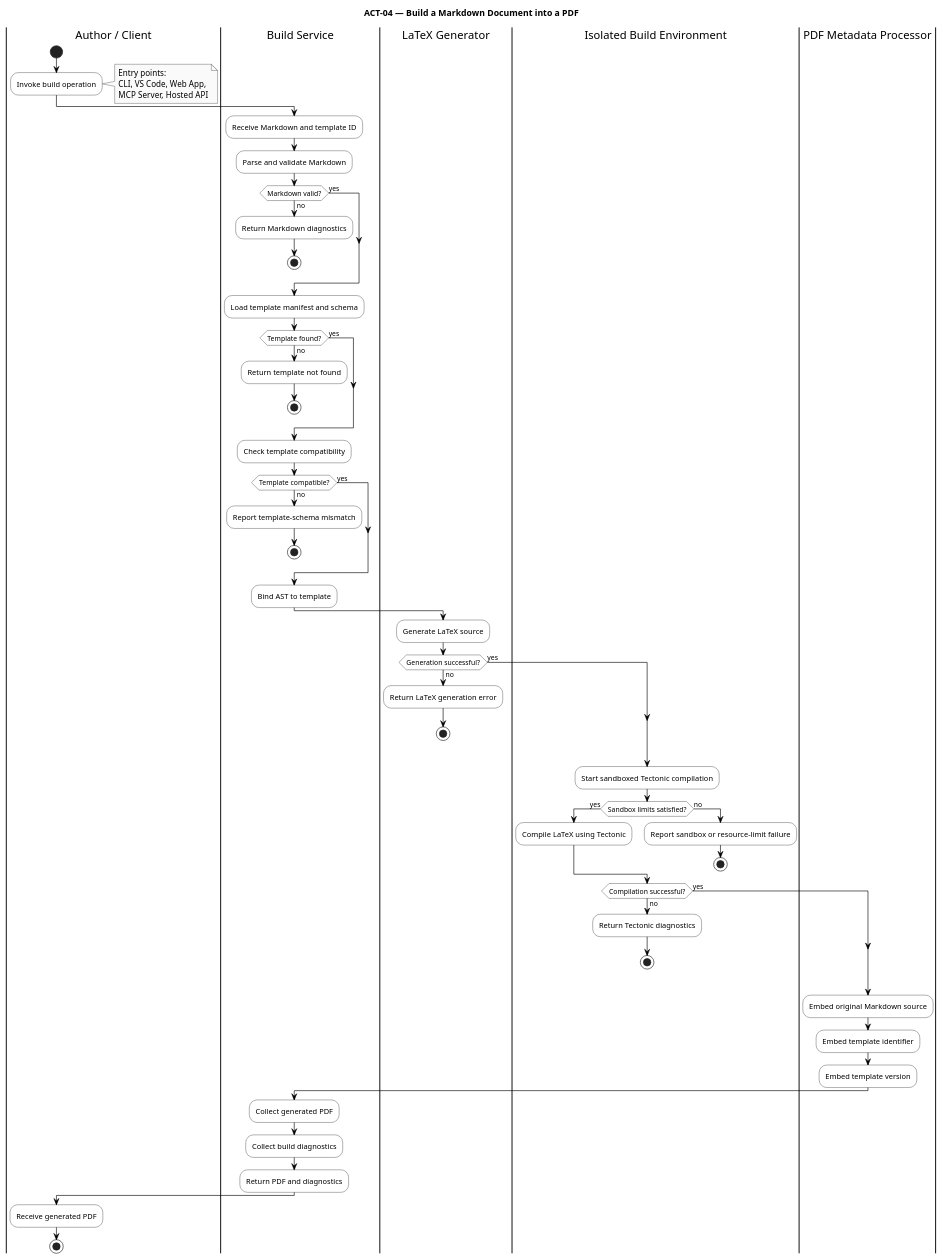
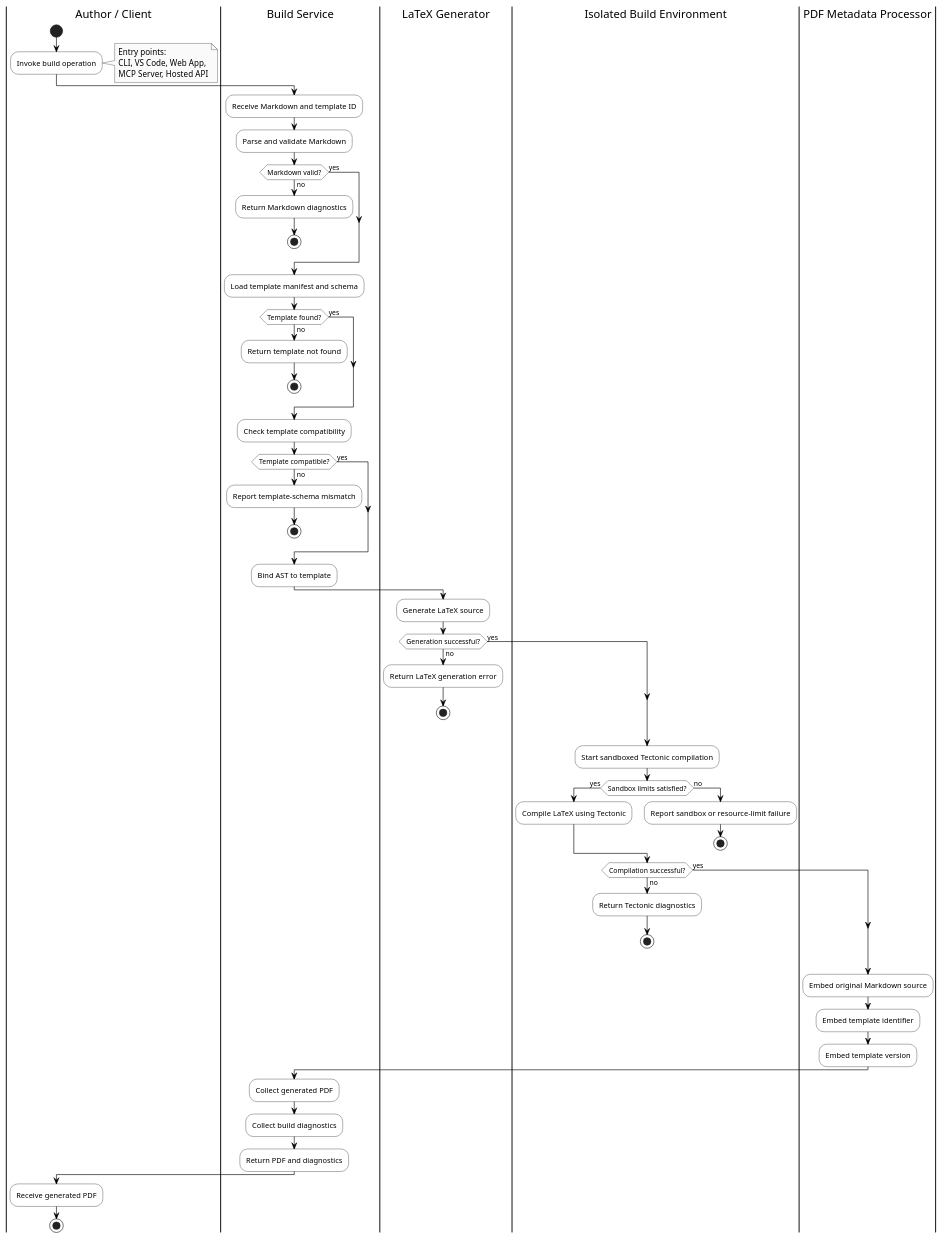
One commit to Litho-MD/uet-fyp-docs changed the diagram in diagrams/puml/activity/04-build-pdf.puml. Above: the diagram before and after it, drawn with PlantUML. The commit also changed 109 other files, not shown here.

First line of the commit message:
Add TikZ support for UML diagrams and refine document structure

```diff
--- a/diagrams/puml/activity/04-build-pdf.puml
+++ b/diagrams/puml/activity/04-build-pdf.puml
@@ -1,87 +1,85 @@
 @startuml
-title ACT-04 — Build a Markdown Document into a PDF
-
 skinparam monochrome true
 skinparam backgroundColor white
 skinparam shadowing false
 skinparam activity {
     BackgroundColor white
     BorderColor black
     FontColor black
     DiamondBackgroundColor white
     DiamondBorderColor black
 }
 skinparam ArrowColor black
 skinparam defaultFontColor black
 
 |Author / Client|
 start
 :Invoke build operation;
 note right
     Entry points:
     CLI, VS Code, Web App,
     MCP Server, Hosted API
 end note
 
 |Build Service|
 :Receive Markdown and template ID;
 :Parse and validate Markdown;
 if (Markdown valid?) then (yes)
 else (no)
     :Return Markdown diagnostics;
     stop
 endif
 
 :Load template manifest and schema;
 if (Template found?) then (yes)
 else (no)
     :Return template not found;
     stop
 endif
 
 :Check template compatibility;
 if (Template compatible?) then (yes)
 else (no)
     :Report template-schema mismatch;
     stop
 endif
 
 :Bind AST to template;
 
 |LaTeX Generator|
 :Generate LaTeX source;
 if (Generation successful?) then (yes)
 else (no)
     :Return LaTeX generation error;
     stop
 endif
 
 |Isolated Build Environment|
 :Start sandboxed Tectonic compilation;
 if (Sandbox limits satisfied?) then (yes)
     :Compile LaTeX using Tectonic;
 else (no)
     :Report sandbox or resource-limit failure;
     stop
 endif
 
 if (Compilation successful?) then (yes)
 else (no)
     :Return Tectonic diagnostics;
     stop
 endif
 
 |PDF Metadata Processor|
 :Embed original Markdown source;
 :Embed template identifier;
 :Embed template version;
 
 |Build Service|
 :Collect generated PDF;
 :Collect build diagnostics;
 :Return PDF and diagnostics;
 
 |Author / Client|
 :Receive generated PDF;
 stop
 @enduml
```
